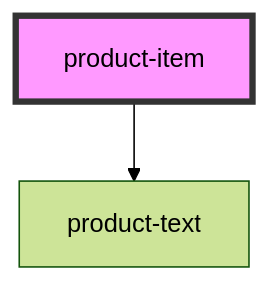
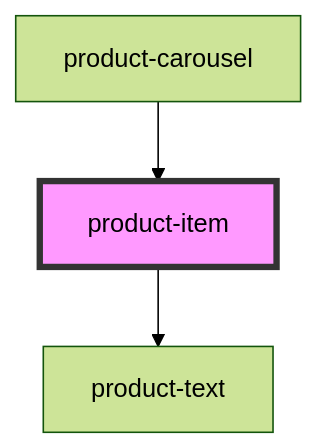
The diagram in src/components/product-item/readme.md (sarthak23j/stencilRepo), drawn with Mermaid (forest theme) before and after one commit. The commit also changed other lines of this file and 6 other files, not shown here.

````diff
--- a/src/components/product-item/readme.md
+++ b/src/components/product-item/readme.md
@@ -25,5 +29,6 @@
 ```mermaid
 graph TD;
   product-item --> product-text
+  product-carousel --> product-item
   style product-item fill:#f9f,stroke:#333,stroke-width:4px
 ```
````
